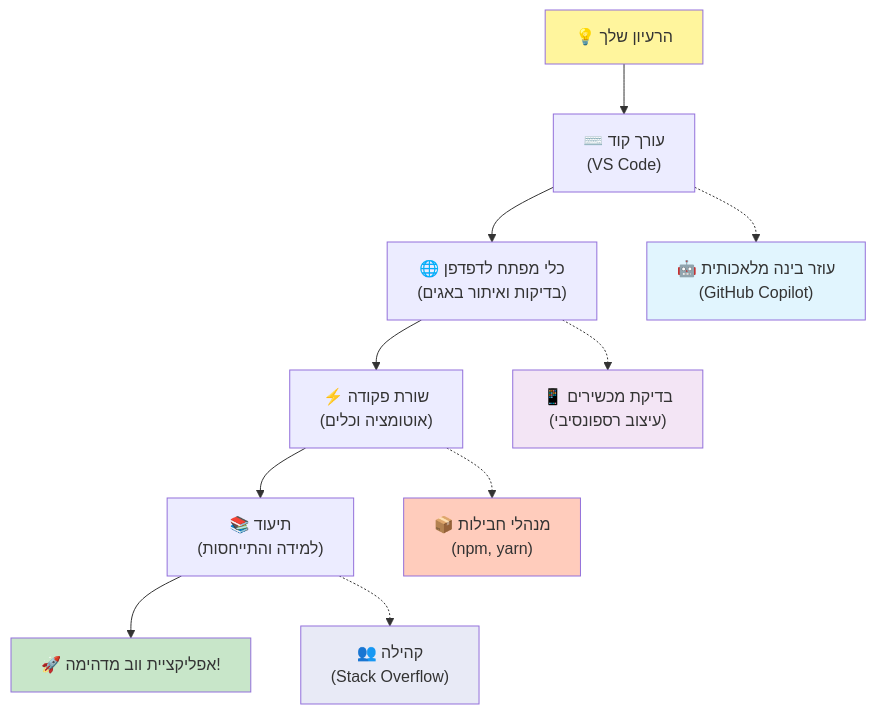
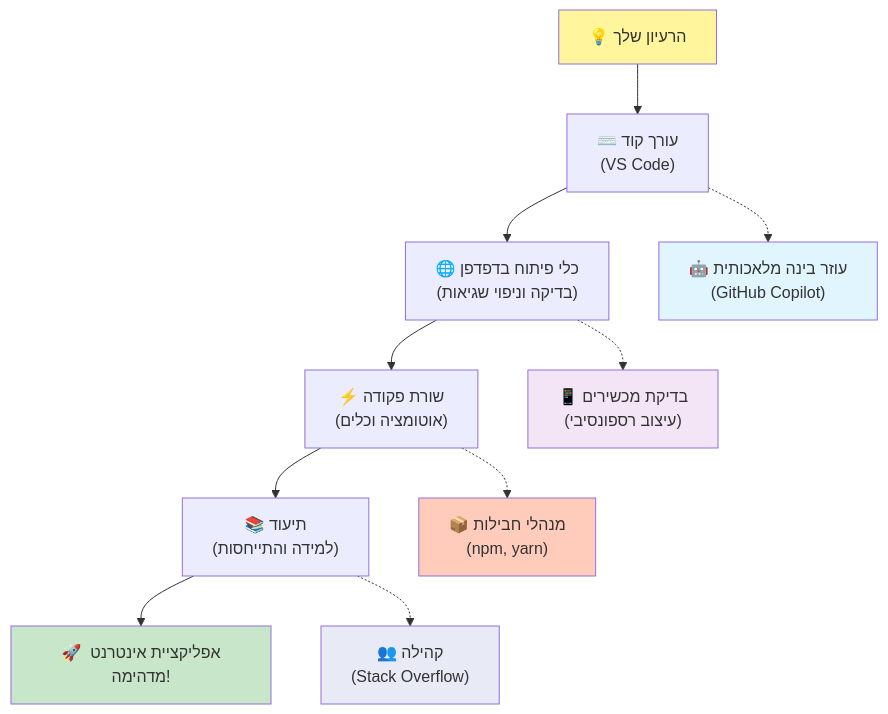
Before and after one commit to microsoft/Web-Dev-For-Beginners: the fifth of 7 diagrams in translations/he/1-getting-started-lessons/1-intro-to-programming-languages/README.md, drawn with Mermaid. The commit also changed other lines of this file and 8 other files, not shown here.

````diff
--- a/translations/he/1-getting-started-lessons/1-intro-to-programming-languages/README.md
+++ b/translations/he/1-getting-started-lessons/1-intro-to-programming-languages/README.md
@@ -487,20 +487,20 @@
 ```mermaid
 graph TD
     A["💡 הרעיון שלך"] --> B["⌨️ עורך קוד<br/>(VS Code)"] 
-    B --> C["🌐 כלי מפתח לדפדפן<br/>(בדיקות ואיתור באגים)"]
+    B --> C["🌐 כלי פיתוח בדפדפן<br/>(בדיקה וניפוי שגיאות)"]
     C --> D["⚡ שורת פקודה<br/>(אוטומציה וכלים)"]
     D --> E["📚 תיעוד<br/>(למידה והתייחסות)"]
-    E --> F["🚀 אפליקציית ווב מדהימה!"]
+    E --> F["🚀 אפליקציית אינטרנט מדהימה!"]
     
     B -.-> G["🤖 עוזר בינה מלאכותית<br/>(GitHub Copilot)"]
     C -.-> H["📱 בדיקת מכשירים<br/>(עיצוב רספונסיבי)"]
     D -.-> I["📦 מנהלי חבילות<br/>(npm, yarn)"]
     E -.-> J["👥 קהילה<br/>(Stack Overflow)"]
     
     style A fill:#fff59d
     style F fill:#c8e6c9
     style G fill:#e1f5fe
     style H fill:#f3e5f5
     style I fill:#ffccbc
     style J fill:#e8eaf6
 ```
````
